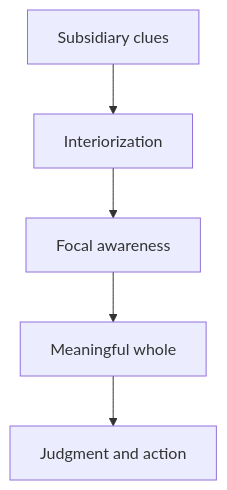
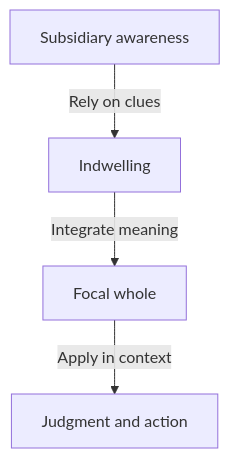
One commit to daylight55/research changed the second of 3 diagrams in articles/report/comprehensive-understanding-paraphrase-risk/en/index.mdx. Above: the diagram before and after it, drawn with Mermaid. The commit also changed other lines of this file and 181 other files, not shown here.

First line of the commit message:
全記事の図解368点を再生成し、共通注意書きを削除 (#402)

````diff
--- a/articles/report/comprehensive-understanding-paraphrase-risk/en/index.mdx
+++ b/articles/report/comprehensive-understanding-paraphrase-risk/en/index.mdx
@@ -62,7 +69,12 @@
 ```mermaid
-flowchart TB
-  S["Subsidiary clues"] --> I["Interiorization"]
-  I --> F["Focal awareness"]
-  F --> C["Meaningful whole"]
-  C --> J["Judgment and action"]
+flowchart TD
+  accTitle: Integrate subsidiary clues into focal judgment
+  accDescr: Clues support a meaningful whole and judgment through indwelling rather than creating understanding in isolation.
+  N0["Subsidiary awareness"]
+  N1["Indwelling"]
+  N2["Focal whole"]
+  N3["Judgment and action"]
+  N0 -->|Rely on clues| N1
+  N1 -->|Integrate meaning| N2
+  N2 -->|Apply in context| N3
 ```
````
